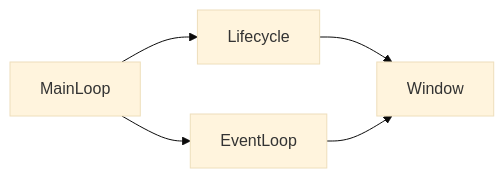
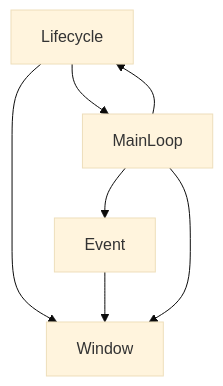
The first of 2 diagrams in docs/module-specs/003-application.md (liangz0707/TenEngine), drawn with Mermaid (base theme) before and after one commit. The commit also changed other lines of this file and 28 other files, not shown here.

````diff
--- a/docs/module-specs/003-application.md
+++ b/docs/module-specs/003-application.md
@@ -45,11 +104,14 @@
 ```mermaid
-flowchart LR
+flowchart TB
   Lifecycle[Lifecycle]
   Window[Window]
-  EventLoop[EventLoop]
+  Event[Event]
   MainLoop[MainLoop]
+  
   Lifecycle --> Window
-  EventLoop --> Window
-  MainLoop --> EventLoop
+  Lifecycle --> MainLoop
+  Event --> Window
+  MainLoop --> Event
   MainLoop --> Lifecycle
+  MainLoop --> Window
 ```
````
